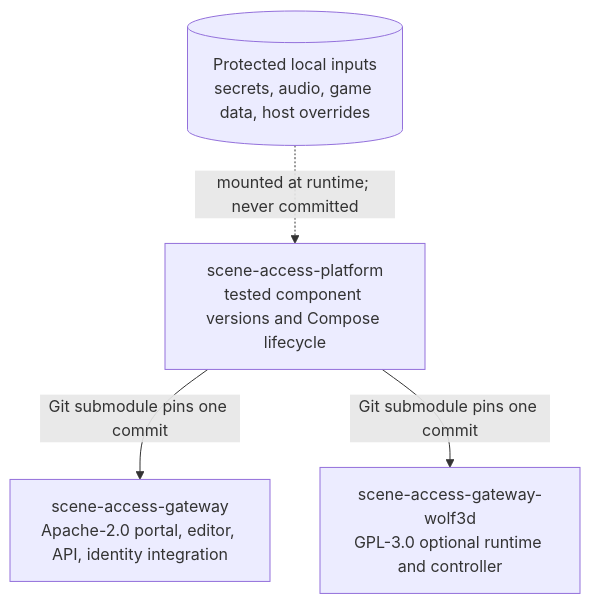
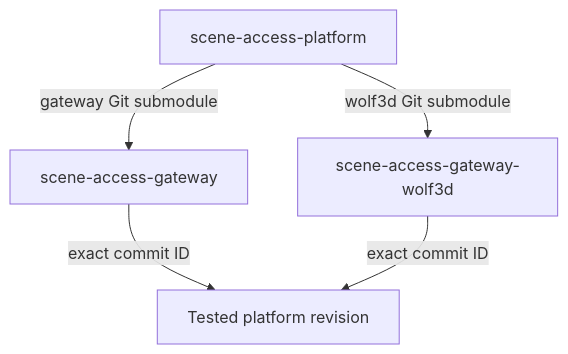
One commit to zipkindev/scene-access-platform changed the third of 3 diagrams in README.md. Above: the diagram before and after it, drawn with Mermaid. The commit also changed other lines of this file, not shown here.

Commit message:
Expand platform technical presentation (#2)

````diff
--- a/README.md
+++ b/README.md
@@ -27,11 +133,12 @@
 ```mermaid
 flowchart TB
-    Platform[scene-access-platform<br/>tested component versions and Compose lifecycle]
-    GatewayRepo[scene-access-gateway<br/>Apache-2.0 portal, editor, API, identity integration]
-    WolfRepo[scene-access-gateway-wolf3d<br/>GPL-3.0 optional runtime and controller]
-    Local[(Protected local inputs<br/>secrets, audio, game data, host overrides)]
+    Platform[scene-access-platform]
+    GatewayRepo[scene-access-gateway]
+    WolfRepo[scene-access-gateway-wolf3d]
+    Release[Tested platform revision]
 
-    Platform -->|Git submodule pins one commit| GatewayRepo
-    Platform -->|Git submodule pins one commit| WolfRepo
-    Local -. mounted at runtime; never committed .-> Platform
+    Platform -->|gateway Git submodule| GatewayRepo
+    Platform -->|wolf3d Git submodule| WolfRepo
+    GatewayRepo -->|exact commit ID| Release
+    WolfRepo -->|exact commit ID| Release
 ```
````
